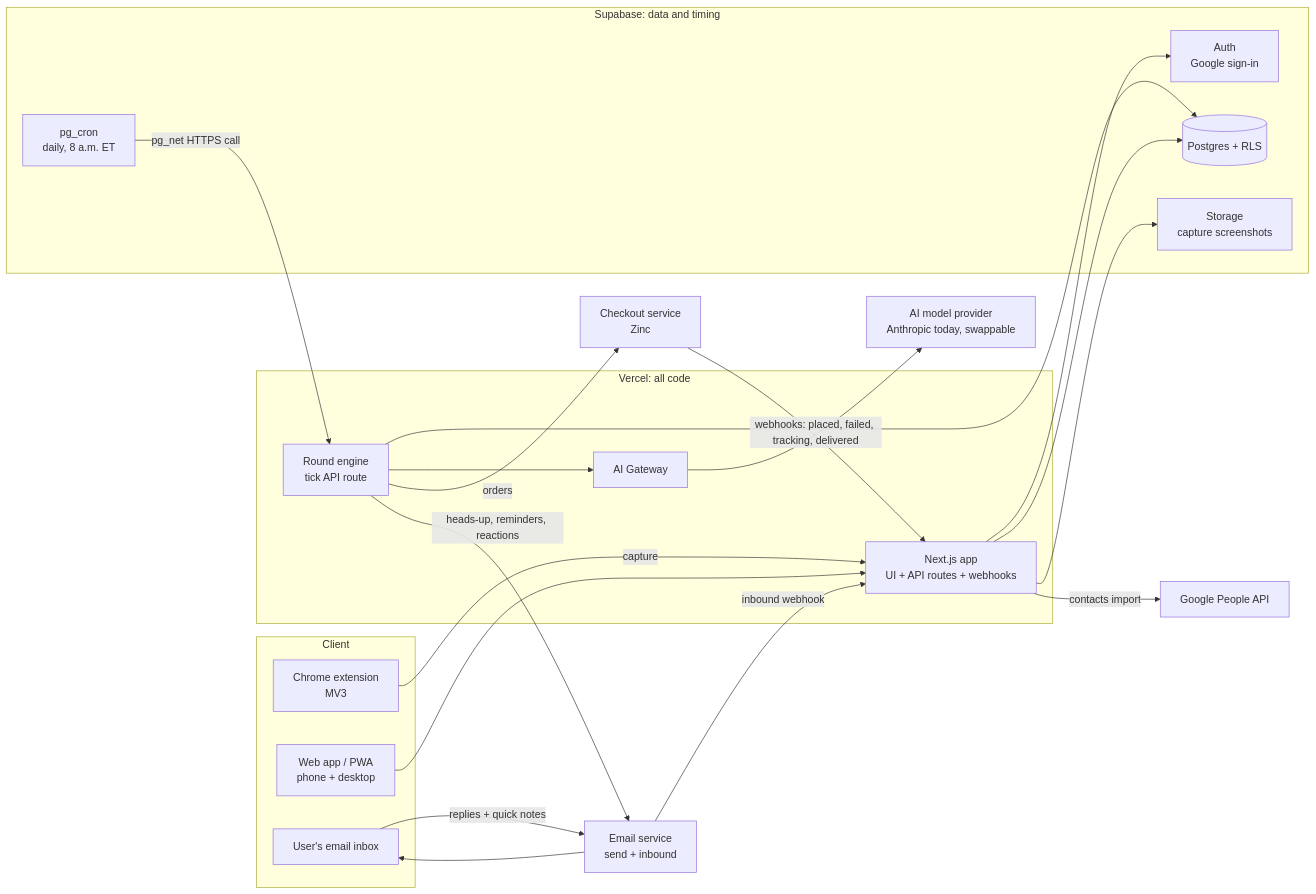
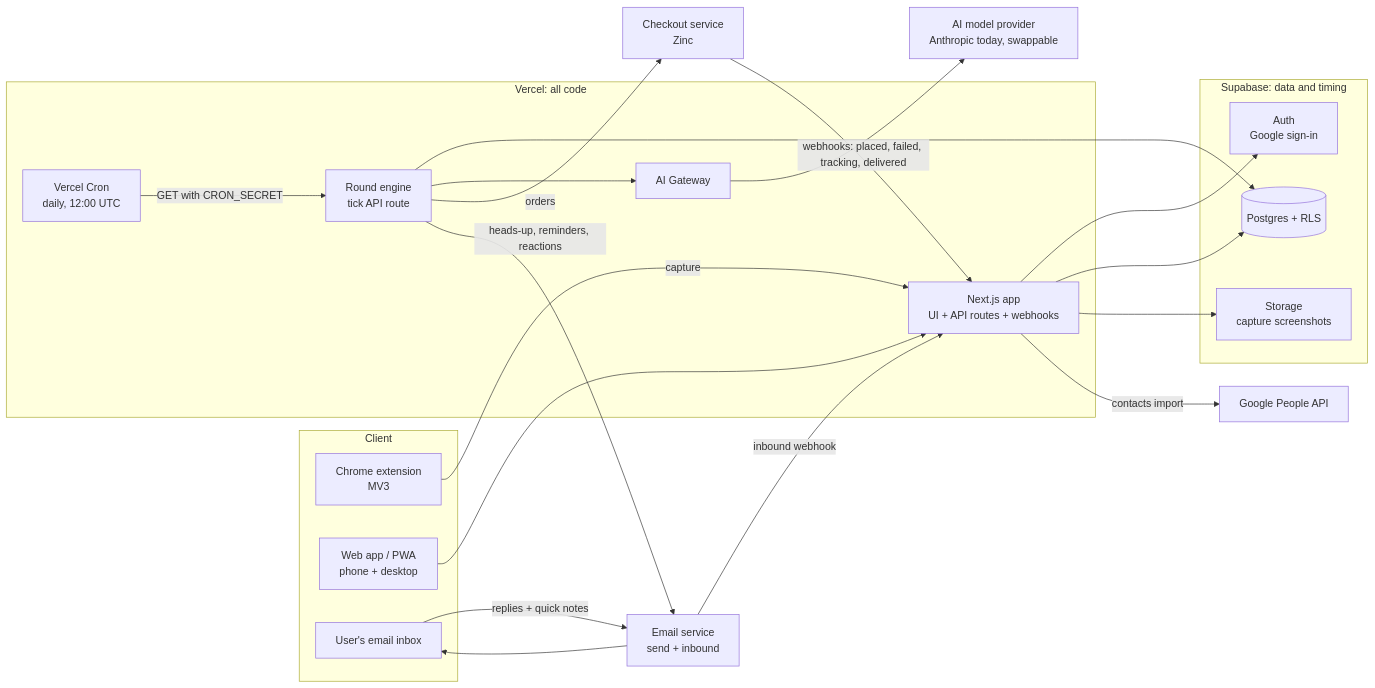
One commit to gifts-af/gift-me changed the first of 3 diagrams in design/technical-design.md. Above: the diagram before and after it, drawn with Mermaid. The commit also changed other lines of this file and 44 other files, not shown here.

````diff
--- a/design/technical-design.md
+++ b/design/technical-design.md
@@ -28,37 +28,37 @@
 ```mermaid
 flowchart LR
   subgraph Client
     EXT[Chrome extension<br/>MV3]
     WEB[Web app / PWA<br/>phone + desktop]
     MAIL[User's email inbox]
   end
   subgraph Vercel["Vercel: all code"]
+    CRON[Vercel Cron<br/>daily, 12:00 UTC]
     APP[Next.js app<br/>UI + API routes + webhooks]
     WF[Round engine<br/>tick API route]
     GW[AI Gateway]
   end
   subgraph Supabase["Supabase: data and timing"]
     AUTH[Auth<br/>Google sign-in]
     DB[(Postgres + RLS)]
     ST[Storage<br/>capture screenshots]
-    CRON[pg_cron<br/>daily, 8 a.m. ET]
   end
   CLAUDE[AI model provider<br/>Anthropic today, swappable]
   ZINC[Checkout service<br/>Zinc]
   EMAIL[Email service<br/>send + inbound]
   GOOG[Google People API]
 
   EXT -->|capture| APP
   WEB --> APP
   APP --> AUTH
   APP --> DB
   APP --> ST
-  CRON -->|pg_net HTTPS call| WF
+  CRON -->|GET with CRON_SECRET| WF
   WF --> DB
   WF --> GW --> CLAUDE
   WF -->|orders| ZINC
   ZINC -->|webhooks: placed, failed, tracking, delivered| APP
   WF -->|heads-up, reminders, reactions| EMAIL --> MAIL
   MAIL -->|replies + quick notes| EMAIL -->|inbound webhook| APP
   APP -->|contacts import| GOOG
 ```
````
